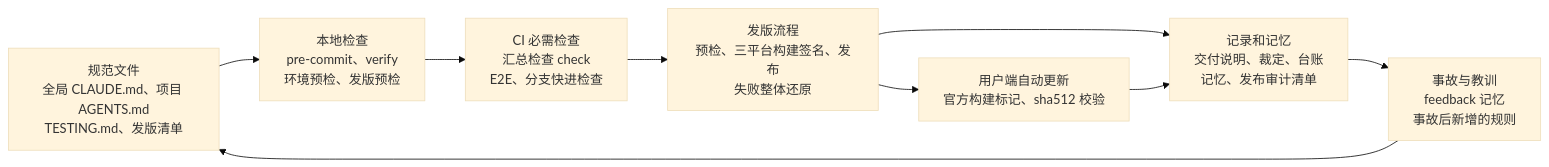
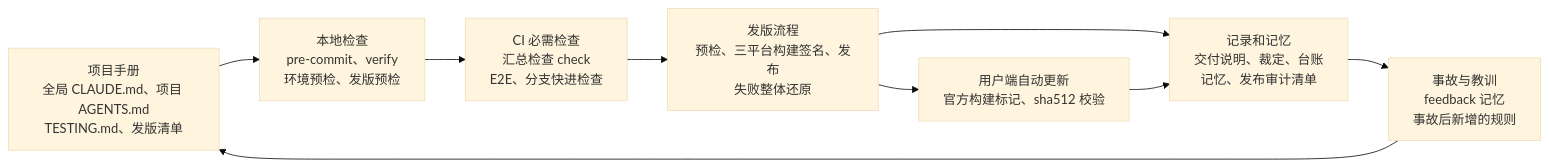
Before and after one commit to PM-Shawn/abu-harness: the diagram in 00-全景/全景图.md, drawn with Mermaid (base theme). The commit also changed other lines of this file and 26 other files, not shown here.

````diff
--- a/00-全景/全景图.md
+++ b/00-全景/全景图.md
@@ -58,11 +58,11 @@
 ```mermaid
 flowchart LR
-  A["规范文件<br/>全局 CLAUDE.md、项目 AGENTS.md<br/>TESTING.md、发版清单"] --> B["本地检查<br/>pre-commit、verify<br/>环境预检、发版预检"]
+  A["项目手册<br/>全局 CLAUDE.md、项目 AGENTS.md<br/>TESTING.md、发版清单"] --> B["本地检查<br/>pre-commit、verify<br/>环境预检、发版预检"]
   B --> C["CI 必需检查<br/>汇总检查 check<br/>E2E、分支快进检查"]
   C --> D["发版流程<br/>预检、三平台构建签名、发布<br/>失败整体还原"]
   D --> U["用户端自动更新<br/>官方构建标记、sha512 校验"]
   D --> E["记录和记忆<br/>交付说明、裁定、台账<br/>记忆、发布审计清单"]
   U --> E
   E --> F["事故与教训<br/>feedback 记忆<br/>事故后新增的规则"]
   F --> A
 ```
````
